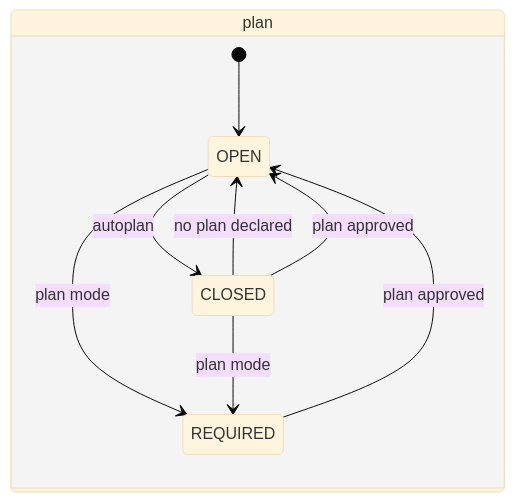
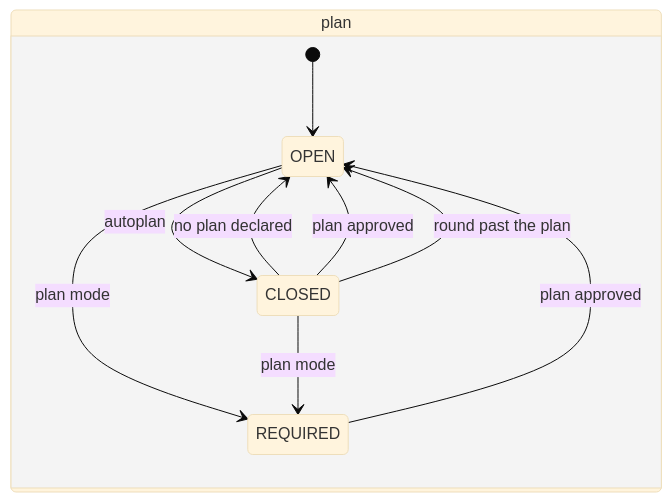
Before and after one commit to GulDmitry/jagt: the diagram in docs/task-plan-chart.md, drawn with Mermaid (base theme). The commit also changed 27 other files, not shown here.

First line of the commit message:
A closed plan gate holds the flow: no hand-back or ship past it, a round past the plan opens it, the Master answers no plan approval it lacks

````diff
--- a/docs/task-plan-chart.md
+++ b/docs/task-plan-chart.md
@@ -3,15 +3,16 @@
 ```mermaid
 stateDiagram-v2
     state plan {
         state "OPEN" as plan_OPEN
         state "CLOSED" as plan_CLOSED
         state "REQUIRED" as plan_REQUIRED
         [*] --> plan_OPEN
         plan_OPEN --> plan_CLOSED : autoplan
         plan_OPEN --> plan_REQUIRED : plan mode
         plan_CLOSED --> plan_REQUIRED : plan mode
         plan_CLOSED --> plan_OPEN : no plan declared
         plan_CLOSED --> plan_OPEN : plan approved
         plan_REQUIRED --> plan_OPEN : plan approved
+        plan_CLOSED --> plan_OPEN : round past the plan
     }
 ```
````
